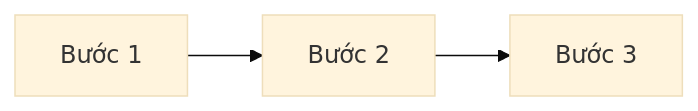
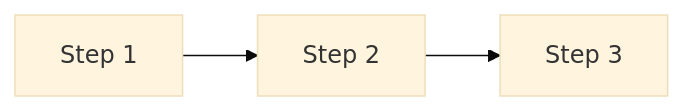
Before and after one commit to BuhDuy256/cod-sync: the diagram in plans/_TEMPLATES/implementation-plan.md, drawn with Mermaid (base theme). The commit also changed other lines of this file and 40 other files, not shown here.

````diff
--- a/plans/_TEMPLATES/implementation-plan.md
+++ b/plans/_TEMPLATES/implementation-plan.md
@@ -43,5 +49,5 @@
 ```mermaid
 graph LR
-  S1[Bước 1] --> S2[Bước 2]
-  S2 --> S3[Bước 3]
+  S1[Step 1] --> S2[Step 2]
+  S2 --> S3[Step 3]
 ```
````
